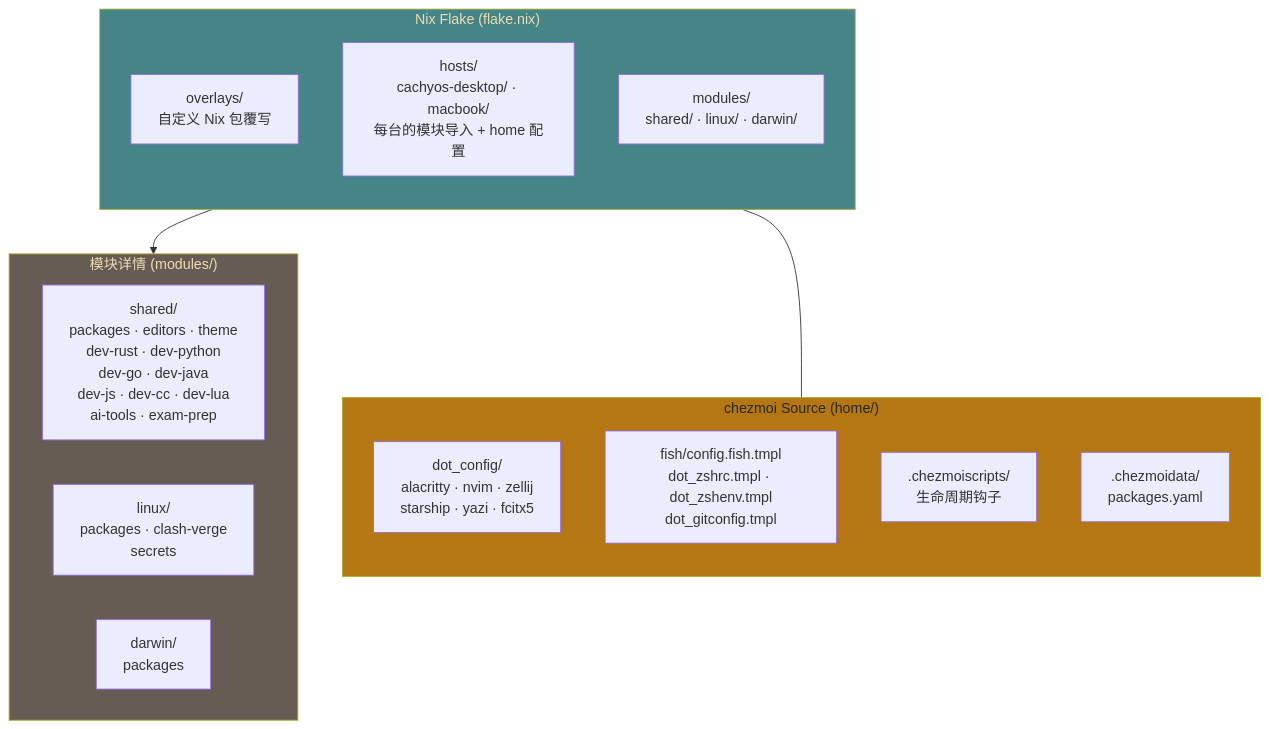
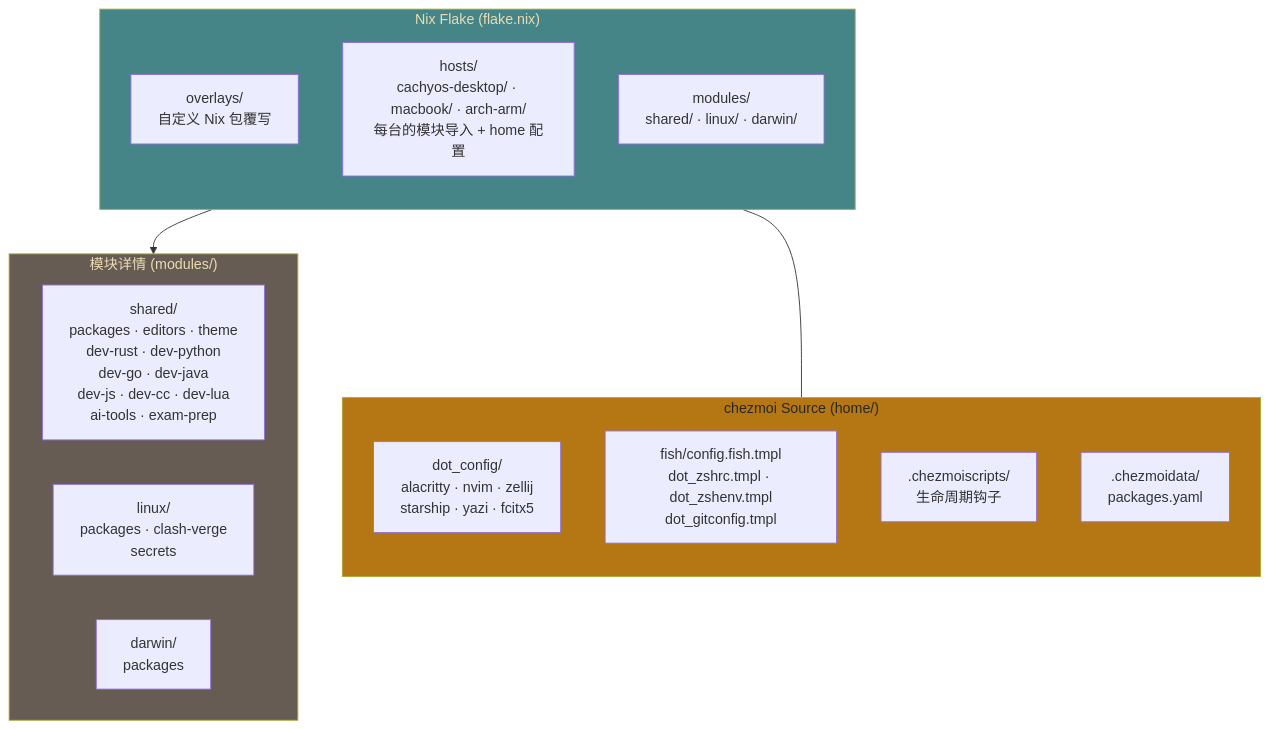
The third of 8 diagrams in README.md (viryoke/dotfiles), drawn with Mermaid before and after one commit. The commit also changed other lines of this file, not shown here.

Commit message:
docs: add arch-arm host to README target machines table and directory structure

````diff
--- a/README.md
+++ b/README.md
@@ -123,31 +124,31 @@
 ```mermaid
 graph TB
     subgraph flake["Nix Flake (flake.nix)"]
         direction TB
         O["overlays/<br/>自定义 Nix 包覆写"]
-        H["hosts/<br/>cachyos-desktop/ · macbook/<br/>每台的模块导入 + home 配置"]
+        H["hosts/<br/>cachyos-desktop/ · macbook/ · arch-arm/<br/>每台的模块导入 + home 配置"]
         M["modules/<br/>shared/ · linux/ · darwin/"]
     end
 
     subgraph modules_detail["模块详情 (modules/)"]
         direction LR
         MS["shared/<br/>packages · editors · theme<br/>dev-rust · dev-python<br/>dev-go · dev-java<br/>dev-js · dev-cc · dev-lua<br/>ai-tools · exam-prep"]
         ML["linux/<br/>packages · clash-verge<br/>secrets"]
         MD["darwin/<br/>packages"]
     end
 
     subgraph chezmoi_src["chezmoi Source (home/)"]
         direction TB
         CFG["dot_config/<br/>alacritty · nvim · zellij<br/>starship · yazi · fcitx5"]
         DOT["fish/config.fish.tmpl<br/>dot_zshrc.tmpl · dot_zshenv.tmpl<br/>dot_gitconfig.tmpl"]
         SCR[".chezmoiscripts/<br/>生命周期钩子"]
         DAT[".chezmoidata/<br/>packages.yaml"]
     end
 
     M --> modules_detail
     flake --- chezmoi_src
 
     style flake fill:#458588,color:#ebdbb2
     style modules_detail fill:#665c54,color:#ebdbb2
     style chezmoi_src fill:#b57614,color:#282828
 ```
````
